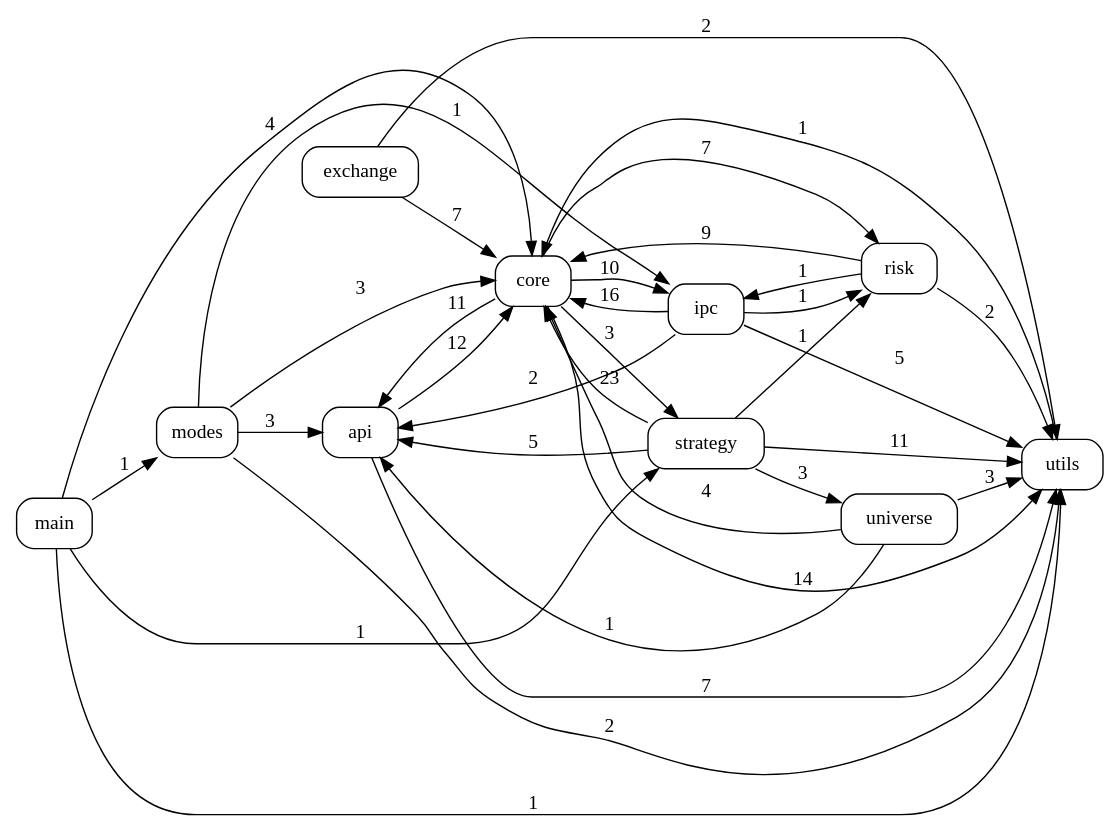
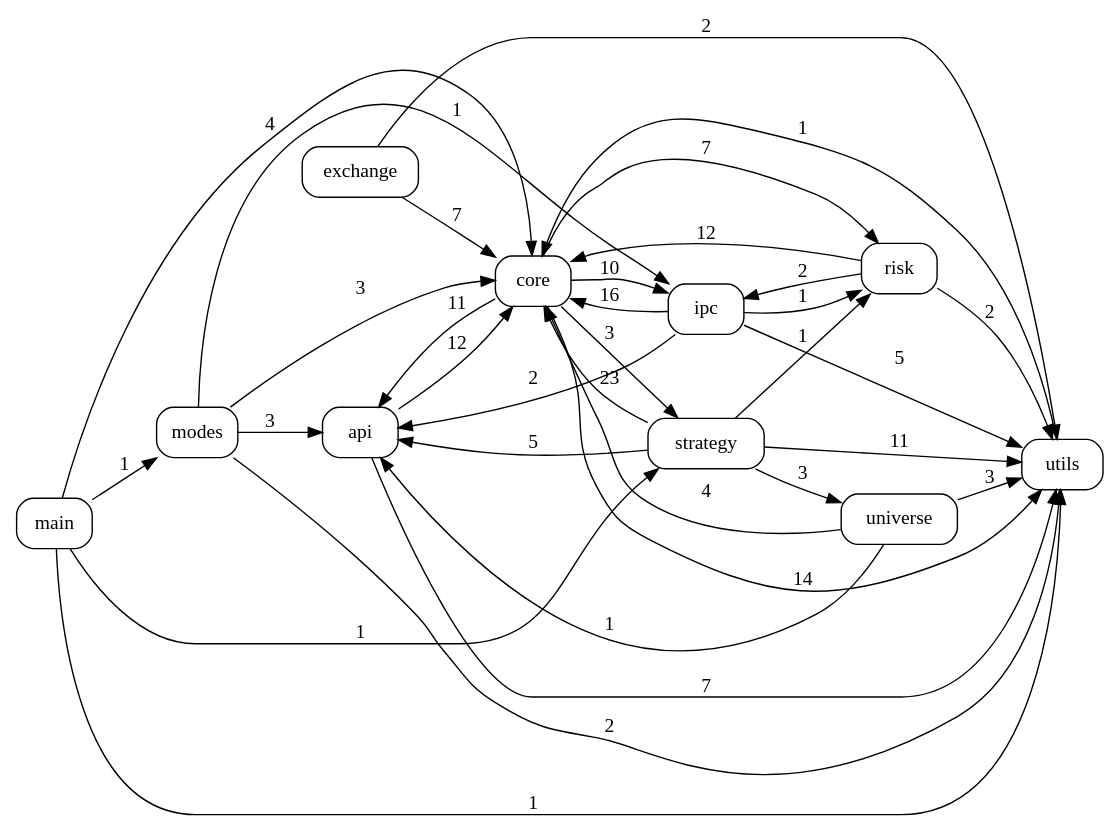
The diagram in docs/code_graph.dot (pypy8171/Quant), drawn with Graphviz before and after one commit. The commit also changed 40 other files, not shown here.

```diff
--- a/docs/code_graph.dot
+++ b/docs/code_graph.dot
@@ -1,47 +1,47 @@
 digraph code_graph {
   rankdir=LR;
   node [shape=box, style=rounded, fontname="Consolas"];
   "api";
   "core";
   "exchange";
   "ipc";
   "main";
   "modes";
   "risk";
   "strategy";
   "universe";
   "utils";
   "api" -> "core" [label="12"];
   "api" -> "utils" [label="7"];
   "core" -> "api" [label="11"];
   "core" -> "ipc" [label="10"];
   "core" -> "risk" [label="7"];
   "core" -> "strategy" [label="3"];
   "core" -> "utils" [label="14"];
   "exchange" -> "core" [label="7"];
   "exchange" -> "utils" [label="2"];
   "ipc" -> "api" [label="2"];
   "ipc" -> "core" [label="16"];
   "ipc" -> "risk" [label="1"];
   "ipc" -> "utils" [label="5"];
   "main" -> "core" [label="4"];
   "main" -> "modes" [label="1"];
   "main" -> "strategy" [label="1"];
   "main" -> "utils" [label="1"];
   "modes" -> "api" [label="3"];
   "modes" -> "core" [label="3"];
   "modes" -> "ipc" [label="1"];
   "modes" -> "utils" [label="2"];
-  "risk" -> "core" [label="9"];
-  "risk" -> "ipc" [label="1"];
+  "risk" -> "core" [label="12"];
+  "risk" -> "ipc" [label="2"];
   "risk" -> "utils" [label="2"];
   "strategy" -> "api" [label="5"];
   "strategy" -> "core" [label="23"];
   "strategy" -> "risk" [label="1"];
   "strategy" -> "universe" [label="3"];
   "strategy" -> "utils" [label="11"];
   "universe" -> "api" [label="1"];
   "universe" -> "core" [label="4"];
   "universe" -> "utils" [label="3"];
   "utils" -> "core" [label="1"];
 }
```
